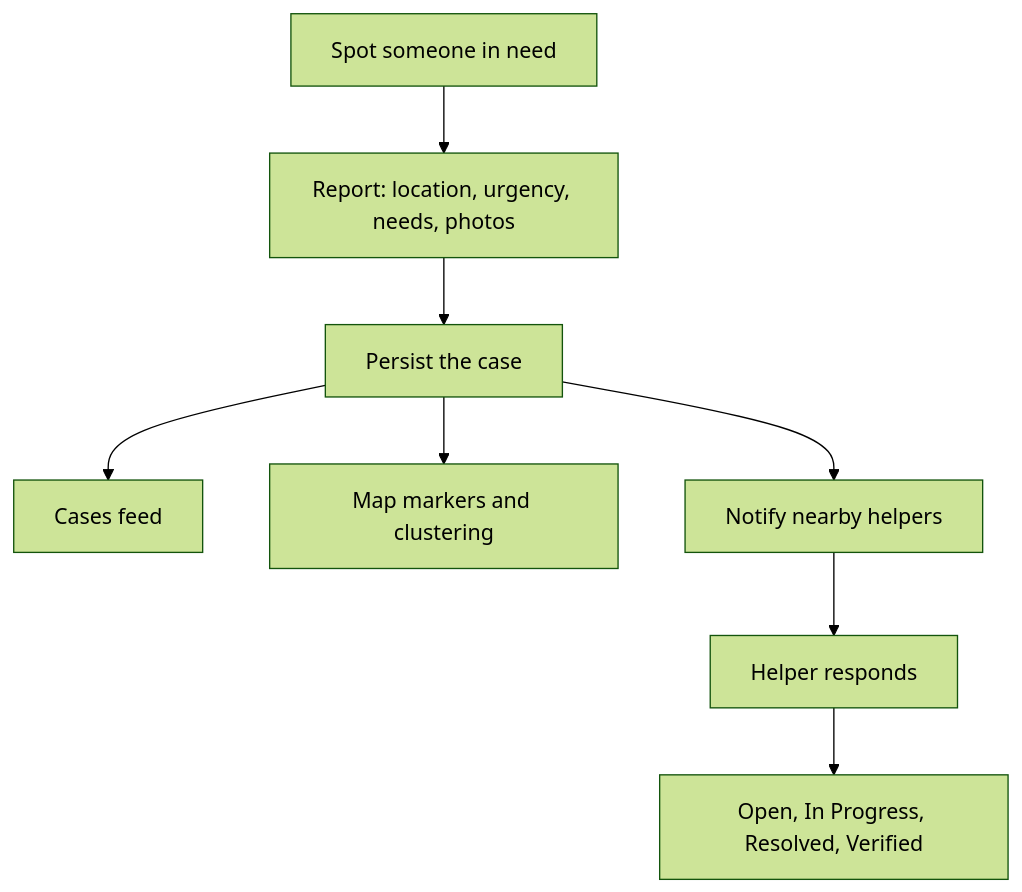
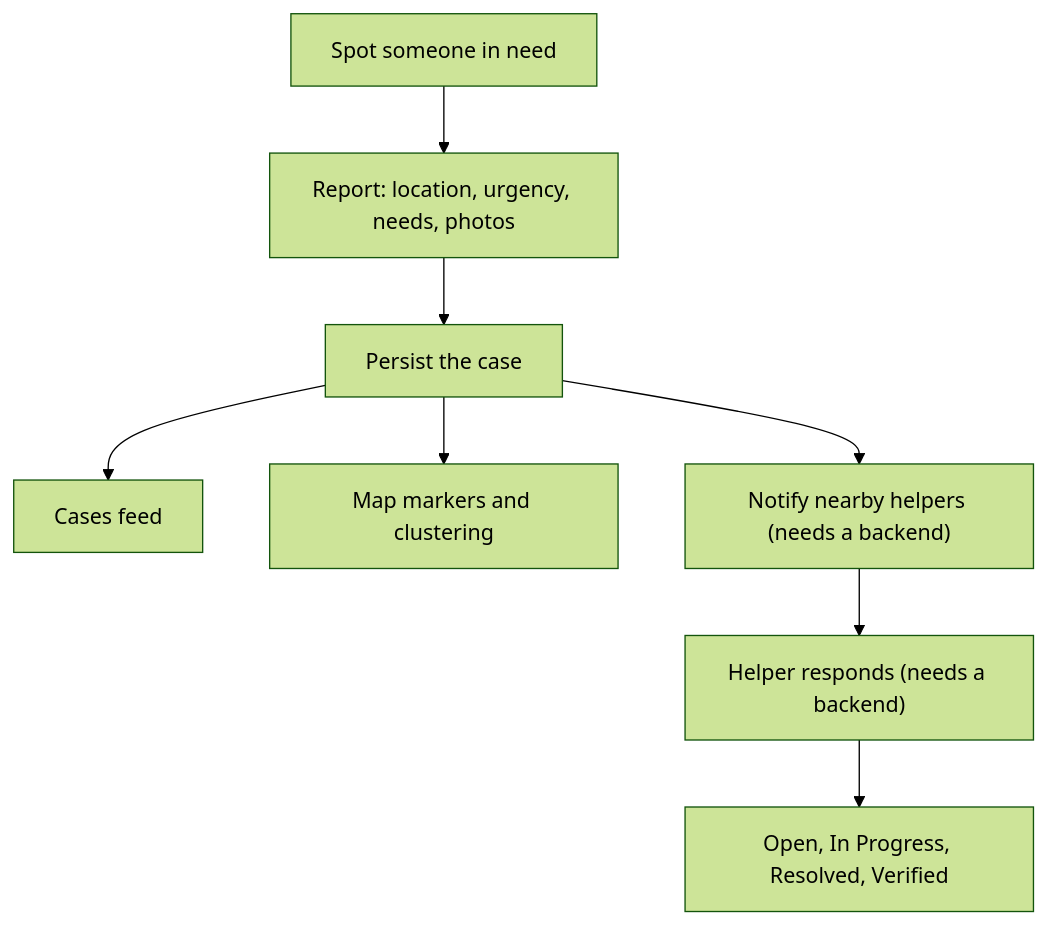
Before and after one commit to betallsoph/the-warmth: the second of 4 diagrams in README.md, drawn with Mermaid (forest theme). The commit also changed other lines of this file, not shown here.

````diff
--- a/README.md
+++ b/README.md
@@ -68,10 +80,10 @@
 ```mermaid
 flowchart TD
     Spot["Spot someone in need"] --> Report["Report: location, urgency, needs, photos"]
     Report --> Store["Persist the case"]
     Store --> Feed["Cases feed"]
     Store --> MapPins["Map markers and clustering"]
-    Store --> Push["Notify nearby helpers"]
-    Push --> Respond["Helper responds"]
+    Store --> Push["Notify nearby helpers (needs a backend)"]
+    Push --> Respond["Helper responds (needs a backend)"]
     Respond --> Lifecycle["Open, In Progress, Resolved, Verified"]
 ```
````
